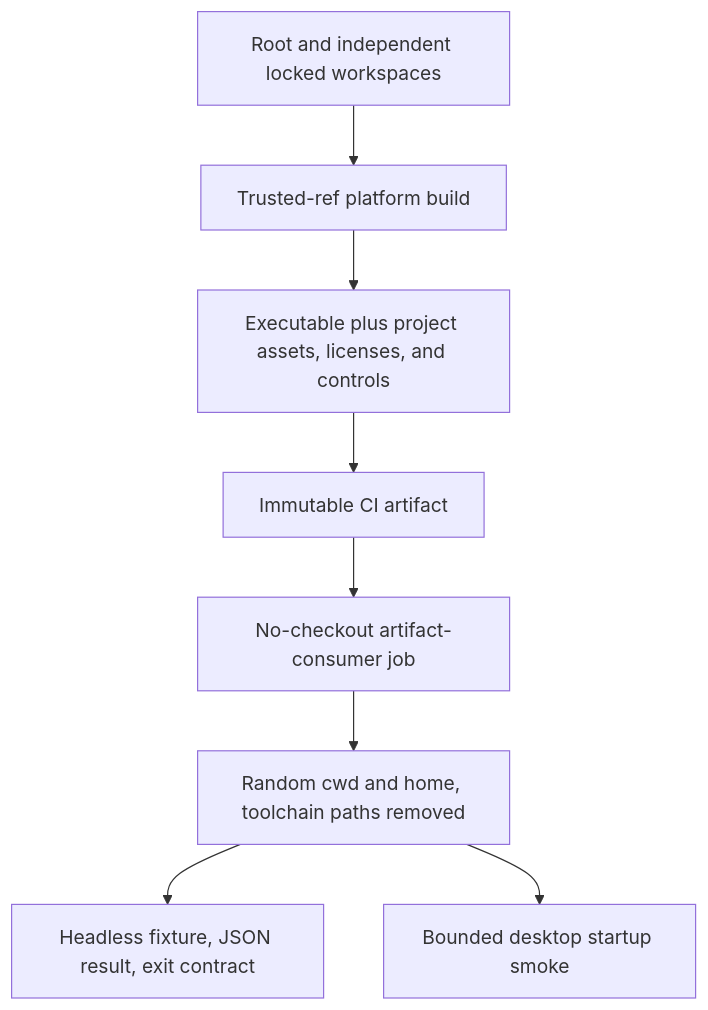
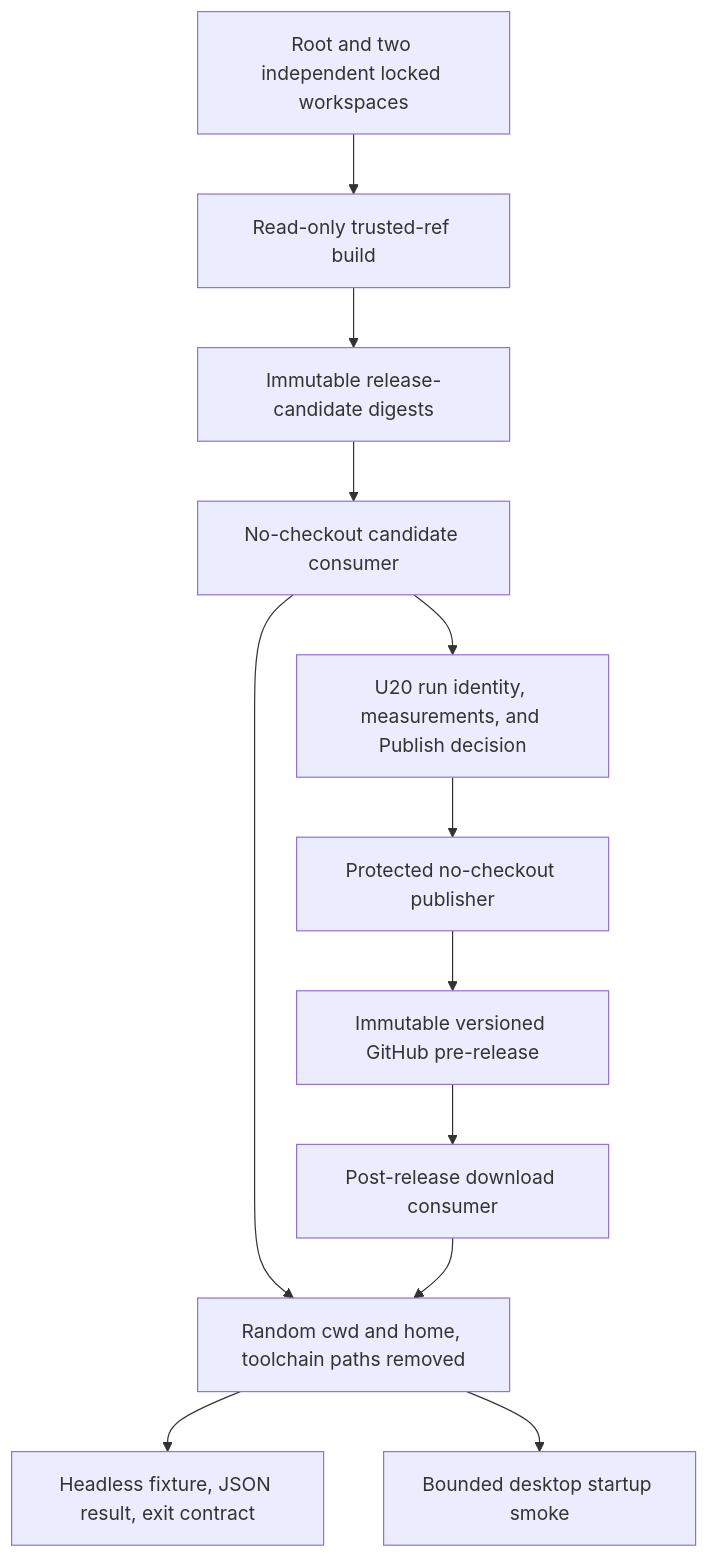
The seventh of 7 diagrams in docs/plans/2026-07-12-001-refactor-reference-game-driven-foundation-plan.md (Latias94/nara), drawn with Mermaid before and after one commit. The commit also changed other lines of this file, not shown here.

````diff
--- a/docs/plans/2026-07-12-001-refactor-reference-game-driven-foundation-plan.md
+++ b/docs/plans/2026-07-12-001-refactor-reference-game-driven-foundation-plan.md
@@ -243,10 +337,14 @@
 ```mermaid
 flowchart TD
-    Source[Root and independent locked workspaces] --> Build[Trusted-ref platform build]
-    Build --> Package[Executable plus project assets, licenses, and controls]
-    Package --> Transfer[Immutable CI artifact]
-    Transfer --> Consumer[No-checkout artifact-consumer job]
-    Consumer --> Random[Random cwd and home, toolchain paths removed]
+    Source[Root and two independent locked workspaces] --> Build[Read-only trusted-ref build]
+    Build --> Candidate[Immutable release-candidate digests]
+    Candidate --> PreConsumer[No-checkout candidate consumer]
+    PreConsumer --> Evidence[U20 run identity, measurements, and Publish decision]
+    Evidence --> Publisher[Protected no-checkout publisher]
+    Publisher --> Release[Immutable versioned GitHub pre-release]
+    Release --> Download[Post-release download consumer]
+    PreConsumer --> Random[Random cwd and home, toolchain paths removed]
+    Download --> Random
     Random --> Headless[Headless fixture, JSON result, exit contract]
     Random --> Desktop[Bounded desktop startup smoke]
 ```
````
